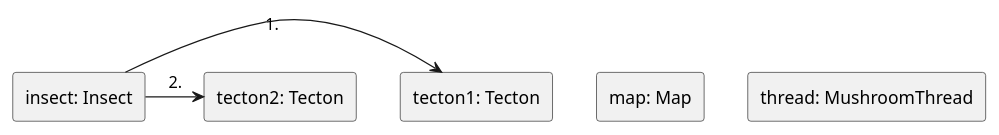
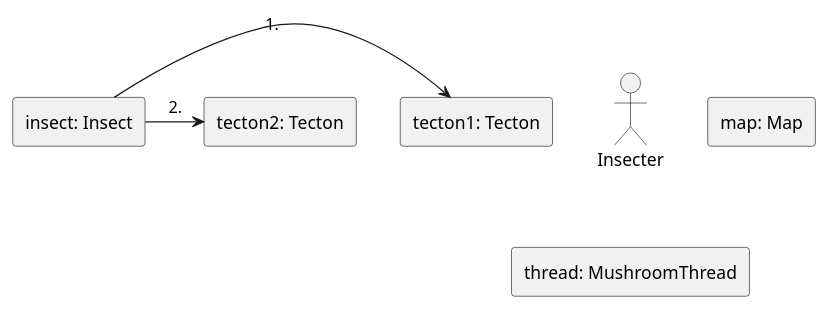
The diagram in 5/communication_diagrams/cut_with_insect.puml (Petya-G/fungorium), drawn with PlantUML before and after one commit. The commit also changed 1 other file, not shown here.

```diff
--- a/5/communication_diagrams/cut_with_insect.puml
+++ b/5/communication_diagrams/cut_with_insect.puml
@@ -2,12 +2,13 @@
 @startuml Cut with insect
 skinparam linestyle ortho
+actor Insecter 
 rectangle "map: Map" as 1
 rectangle "tecton1: Tecton" as 2.1
 rectangle "tecton2: Tecton" as 2.2
 rectangle "insect: Insect" as 3
 rectangle "thread: MushroomThread" as 4
 
 3 -right-> 2.1: 1. 
 3 -right-> 2.2: 2. 
 
 @enduml
```
